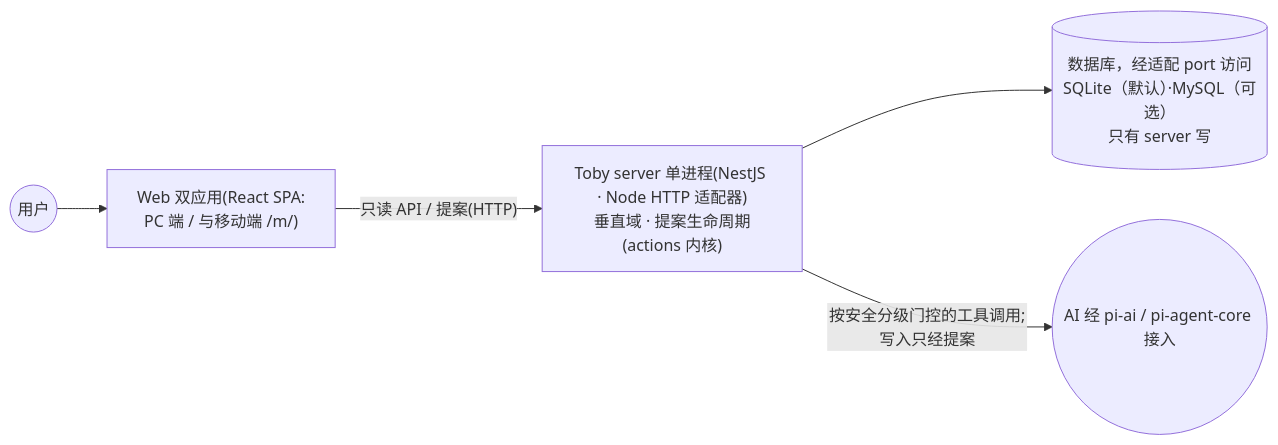
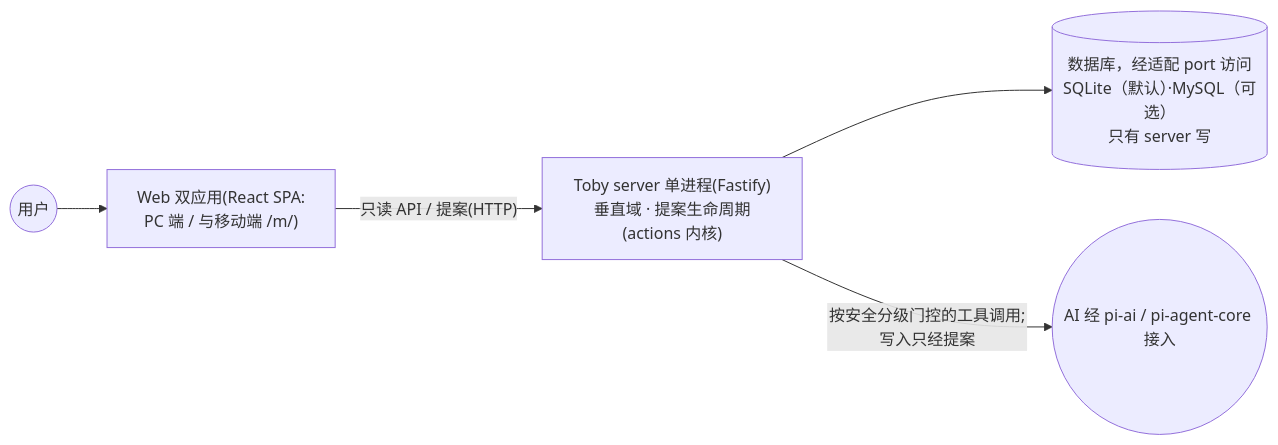
One commit to dengyusys/toby changed the first of 3 diagrams in docs/system-overview.zh.md. Above: the diagram before and after it, drawn with Mermaid. The commit also changed other lines of this file and 21 other files, not shown here.

Commit message:
docs: record the fastify server stack decision

````diff
--- a/docs/system-overview.zh.md
+++ b/docs/system-overview.zh.md
@@ -23,7 +23,7 @@
 ```mermaid
 flowchart LR
     U(("用户")) --> W["Web 双应用(React SPA:<br/>PC 端 / 与移动端 /m/)"]
-    W -->|"只读 API / 提案(HTTP)"| S["Toby server 单进程(NestJS · Node HTTP 适配器)<br/>垂直域 · 提案生命周期(actions 内核)"]
+    W -->|"只读 API / 提案(HTTP)"| S["Toby server 单进程(Fastify)<br/>垂直域 · 提案生命周期(actions 内核)"]
     S --> DB[("数据库，经适配 port 访问<br/>SQLite（默认）·MySQL（可选）<br/>只有 server 写")]
     S -->|"按安全分级门控的工具调用;写入只经提案"| AI(("AI 经 pi-ai / pi-agent-core 接入"))
 ```
````
